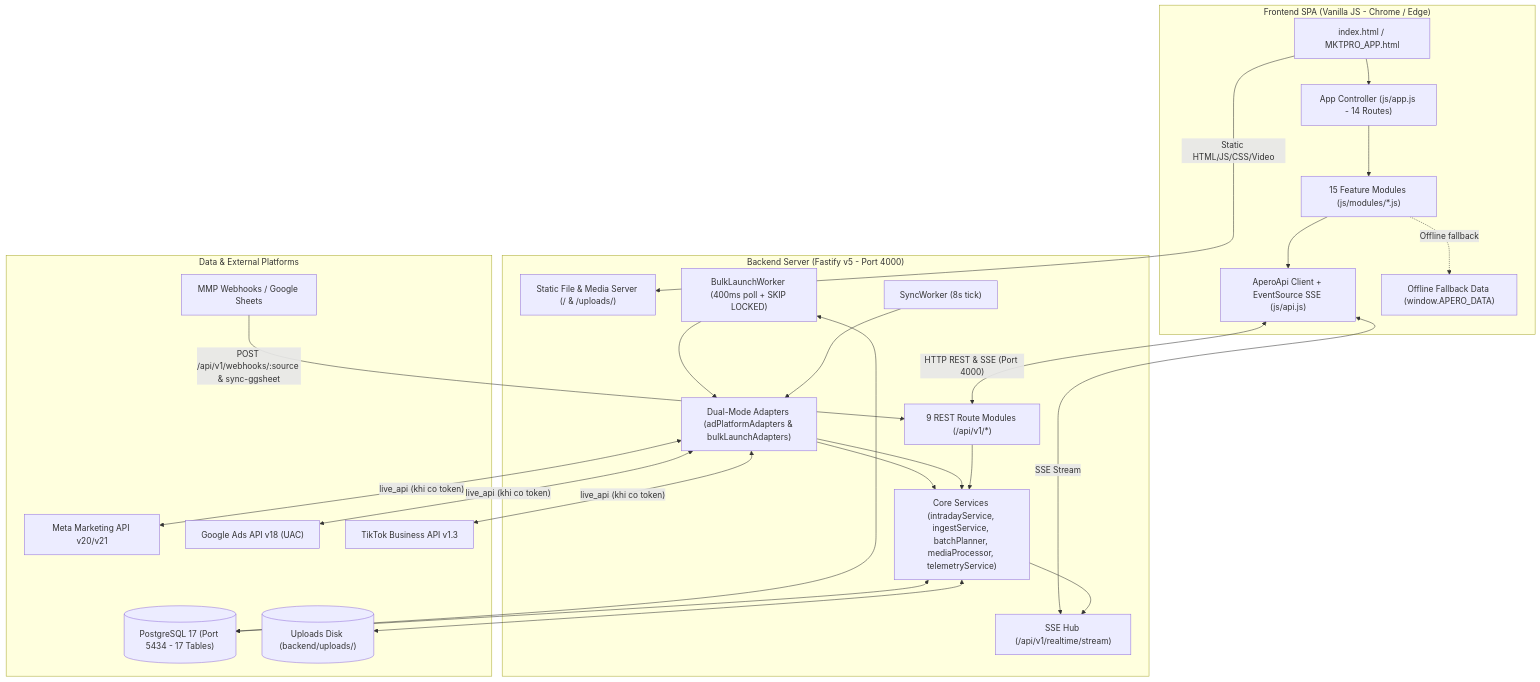
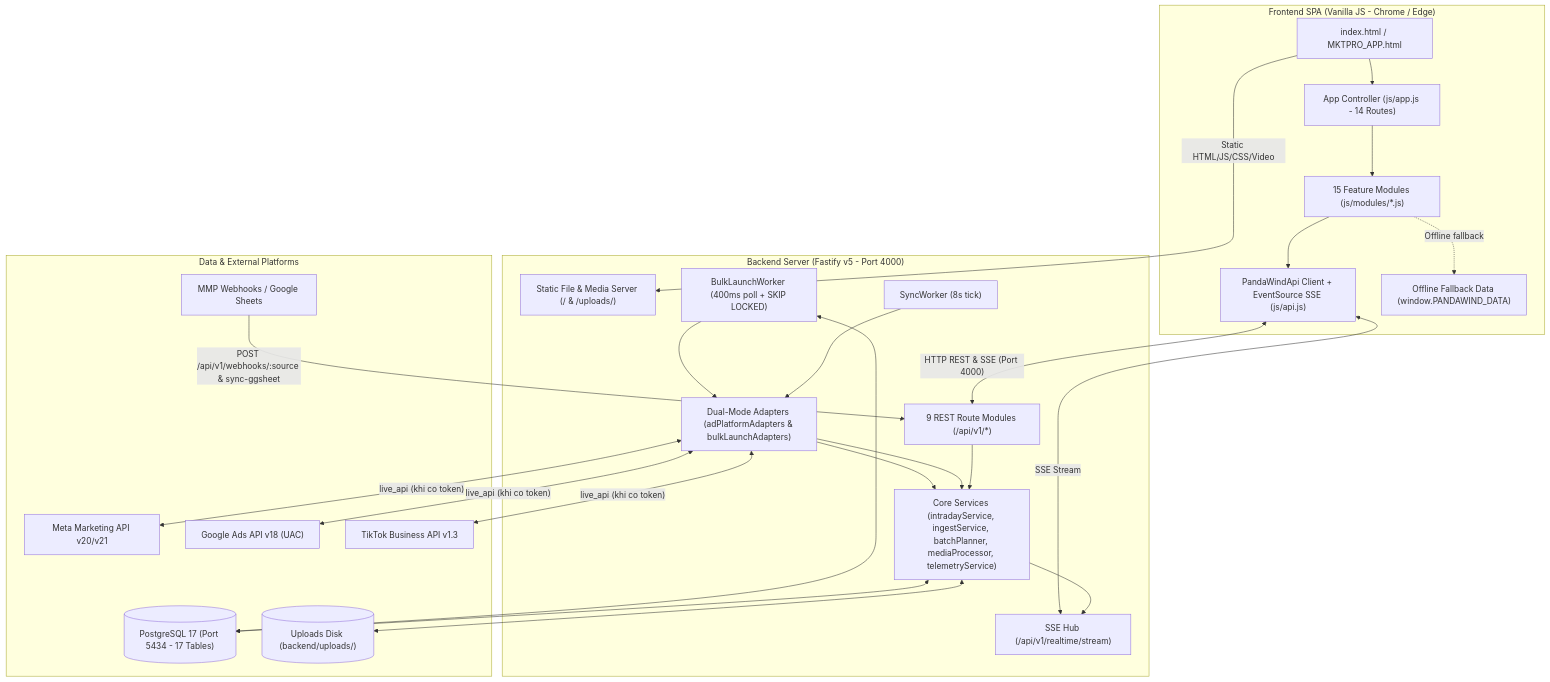
Before and after one commit to Sonlee98/mkt-tool: the first of 2 diagrams in TAI_LIEU_KIEN_TRUC_HE_THONG.md, drawn with Mermaid. The commit also changed other lines of this file and 39 other files, not shown here.

Commit message:
refactor: rebrand platform to PandaWind across FE, BE, Docker & docs

````diff
--- a/TAI_LIEU_KIEN_TRUC_HE_THONG.md
+++ b/TAI_LIEU_KIEN_TRUC_HE_THONG.md
@@ -23,46 +23,46 @@
 ```mermaid
 flowchart TB
     subgraph Browser["Frontend SPA (Vanilla JS - Chrome / Edge)"]
         UI["index.html / MKTPRO_APP.html"]
         Router["App Controller (js/app.js - 14 Routes)"]
         Modules["15 Feature Modules (js/modules/*.js)"]
-        ApiClient["AperoApi Client + EventSource SSE (js/api.js)"]
-        StaticData["Offline Fallback Data (window.APERO_DATA)"]
+        ApiClient["PandaWindApi Client + EventSource SSE (js/api.js)"]
+        StaticData["Offline Fallback Data (window.PANDAWIND_DATA)"]
         UI --> Router --> Modules --> ApiClient
         Modules -.->|"Offline fallback"| StaticData
     end
 
     subgraph Fastify["Backend Server (Fastify v5 - Port 4000)"]
         StaticSrv["Static File & Media Server (/ & /uploads/)"]
         Routes["9 REST Route Modules (/api/v1/*)"]
         SseHub["SSE Hub (/api/v1/realtime/stream)"]
         Services["Core Services (intradayService, ingestService, batchPlanner, mediaProcessor, telemetryService)"]
         Adapters["Dual-Mode Adapters (adPlatformAdapters & bulkLaunchAdapters)"]
         SyncWorker["SyncWorker (8s tick)"]
         BulkWorker["BulkLaunchWorker (400ms poll + SKIP LOCKED)"]
         Routes --> Services
         SyncWorker --> Adapters --> Services
         BulkWorker --> Adapters --> Services
         Services --> SseHub
     end
 
     subgraph Storage["Data & External Platforms"]
         PG[("PostgreSQL 17 (Port 5434 - 17 Tables)")]
         Disk[("Uploads Disk (backend/uploads/)")]
         Meta["Meta Marketing API v20/v21"]
         Google["Google Ads API v18 (UAC)"]
         TikTok["TikTok Business API v1.3"]
         MMP["MMP Webhooks / Google Sheets"]
     end
 
     ApiClient <-->|"HTTP REST & SSE (Port 4000)"| Routes
     ApiClient <-->|"SSE Stream"| SseHub
     UI -->|"Static HTML/JS/CSS/Video"| StaticSrv
     Services <--> PG
     BulkWorker <--> PG
     Services <--> Disk
     Adapters <-->|"live_api (khi co token)"| Meta
     Adapters <-->|"live_api (khi co token)"| Google
     Adapters <-->|"live_api (khi co token)"| TikTok
     MMP -->|"POST /api/v1/webhooks/:source & sync-ggsheet"| Routes
 ```
````
